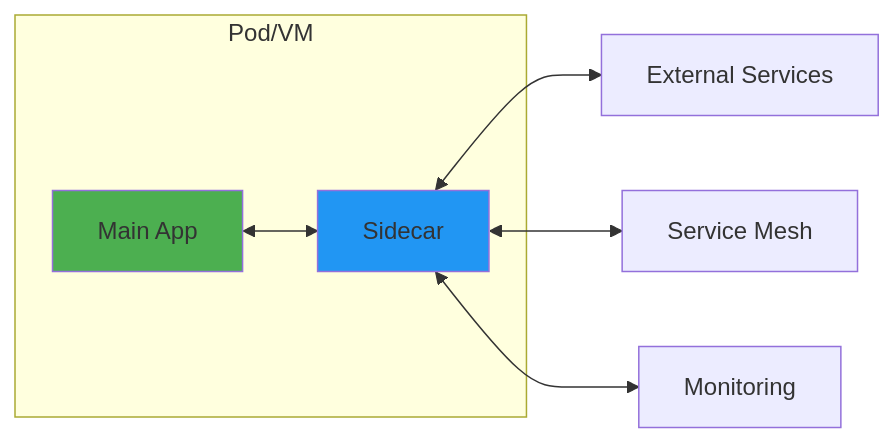
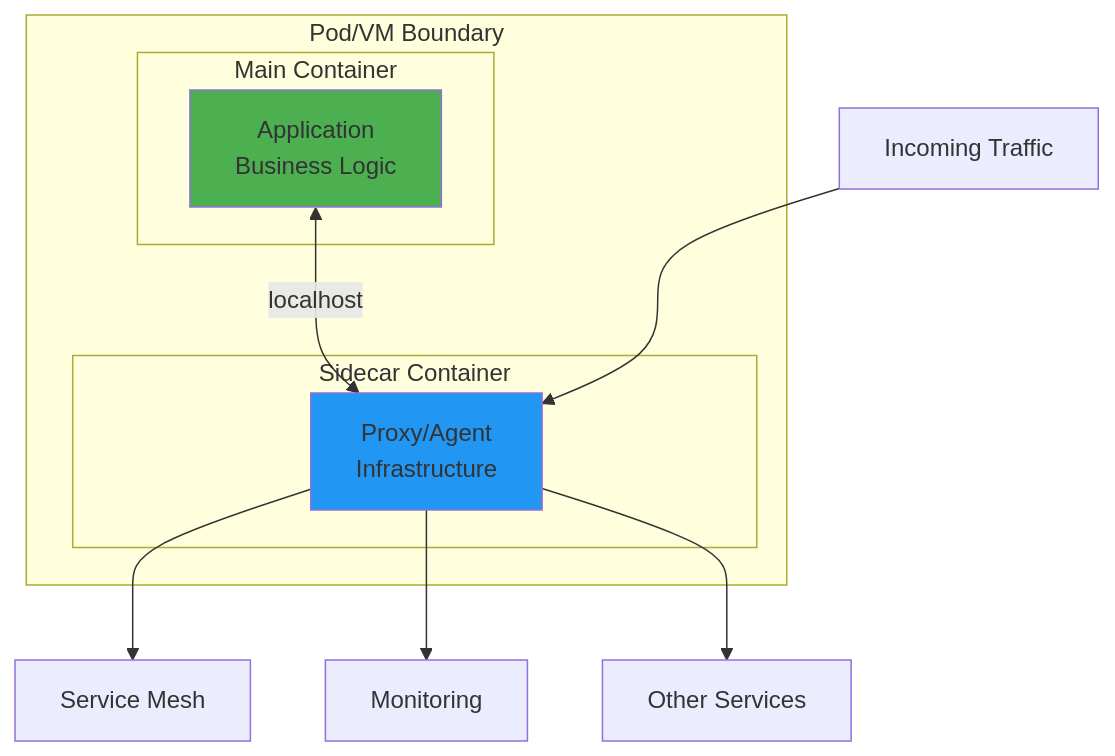
One commit to deepaucksharma/DStudio changed the first of 5 diagrams in docs/pattern-library/architecture/sidecar.md. Above: the diagram before and after it, drawn with Mermaid. The commit also changed other lines of this file and 64 other files, not shown here.

````diff
--- a/docs/pattern-library/architecture/sidecar.md
+++ b/docs/pattern-library/architecture/sidecar.md
@@ -80,13 +68,22 @@
 ```mermaid
-graph LR
-    subgraph "Pod/VM"
-        A[Main App] <--> B[Sidecar]
+graph TB
+    subgraph "Pod/VM Boundary"
+        subgraph "Main Container"
+            A[Application<br/>Business Logic]
+        end
+        
+        subgraph "Sidecar Container"
+            B[Proxy/Agent<br/>Infrastructure]
+        end
+        
+        A <--> |localhost| B
     end
     
-    B <--> C[External Services]
-    B <--> D[Service Mesh]
-    B <--> E[Monitoring]
+    C[Incoming Traffic] --> B
+    B --> D[Service Mesh]
+    B --> E[Monitoring]
+    B --> F[Other Services]
     
     style A fill:#4CAF50
     style B fill:#2196F3
 ```
````
